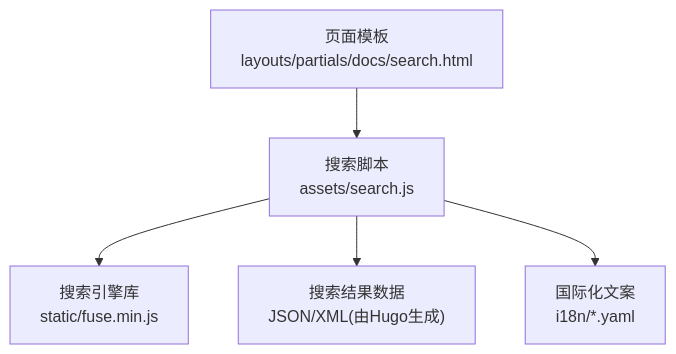
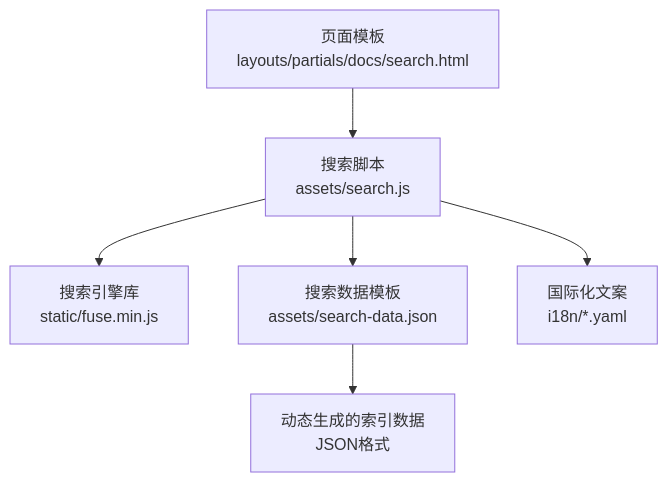
The first of 4 diagrams in .qoder/repowiki/zh/content/高级功能/全文搜索功能.md (nianjiang/nianjiang.github.io), drawn with Mermaid before and after one commit. The commit also changed other lines of this file and 176 other files, not shown here.

````diff
--- a/.qoder/repowiki/zh/content/高级功能/全文搜索功能.md
+++ b/.qoder/repowiki/zh/content/高级功能/全文搜索功能.md
@@ -40,7 +47,8 @@
 ```mermaid
 graph TB
 A["页面模板<br/>layouts/partials/docs/search.html"] --> B["搜索脚本<br/>assets/search.js"]
 B --> C["搜索引擎库<br/>static/fuse.min.js"]
-B --> D["搜索结果数据<br/>JSON/XML(由Hugo生成)"]
-B --> E["国际化文案<br/>i18n/*.yaml"]
+B --> D["搜索数据模板<br/>assets/search-data.json"]
+D --> E["动态生成的索引数据<br/>JSON格式"]
+B --> F["国际化文案<br/>i18n/*.yaml"]
 ```
````
